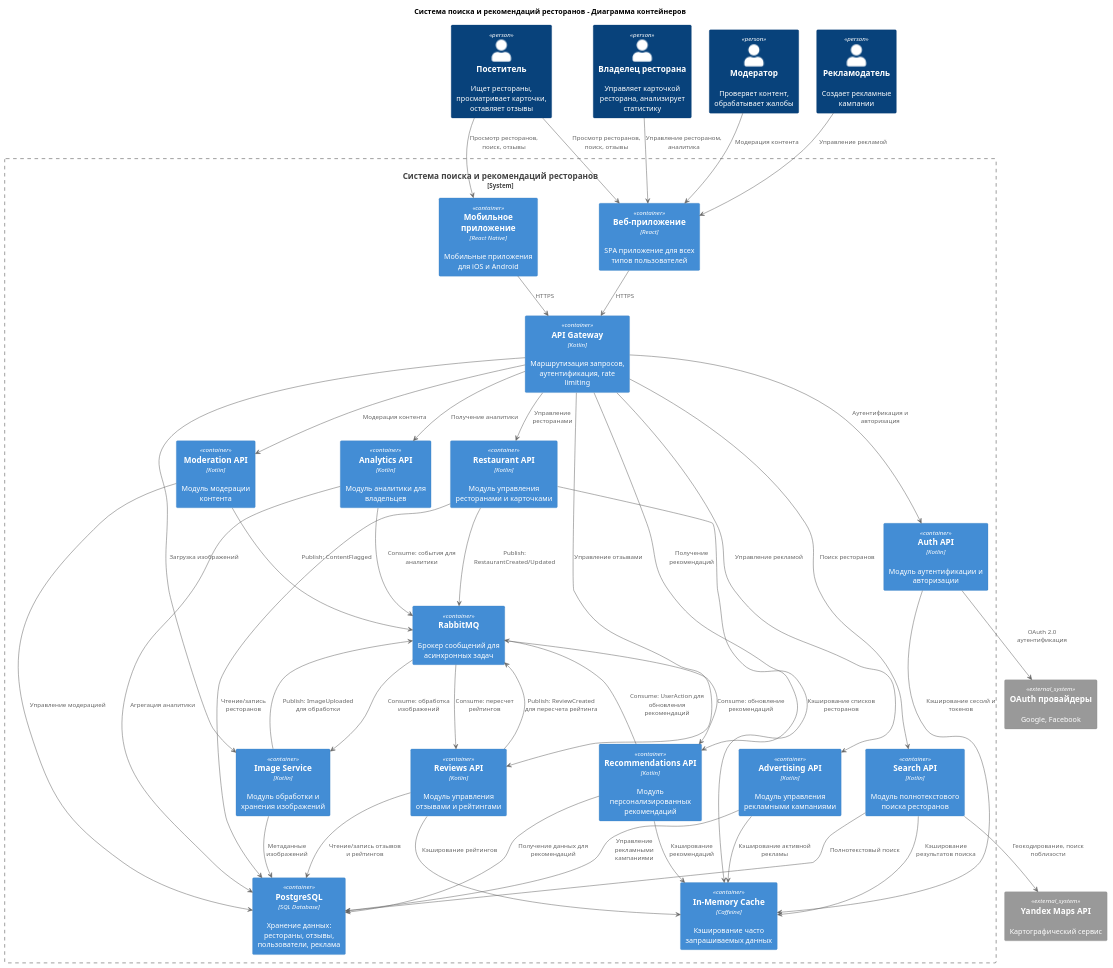
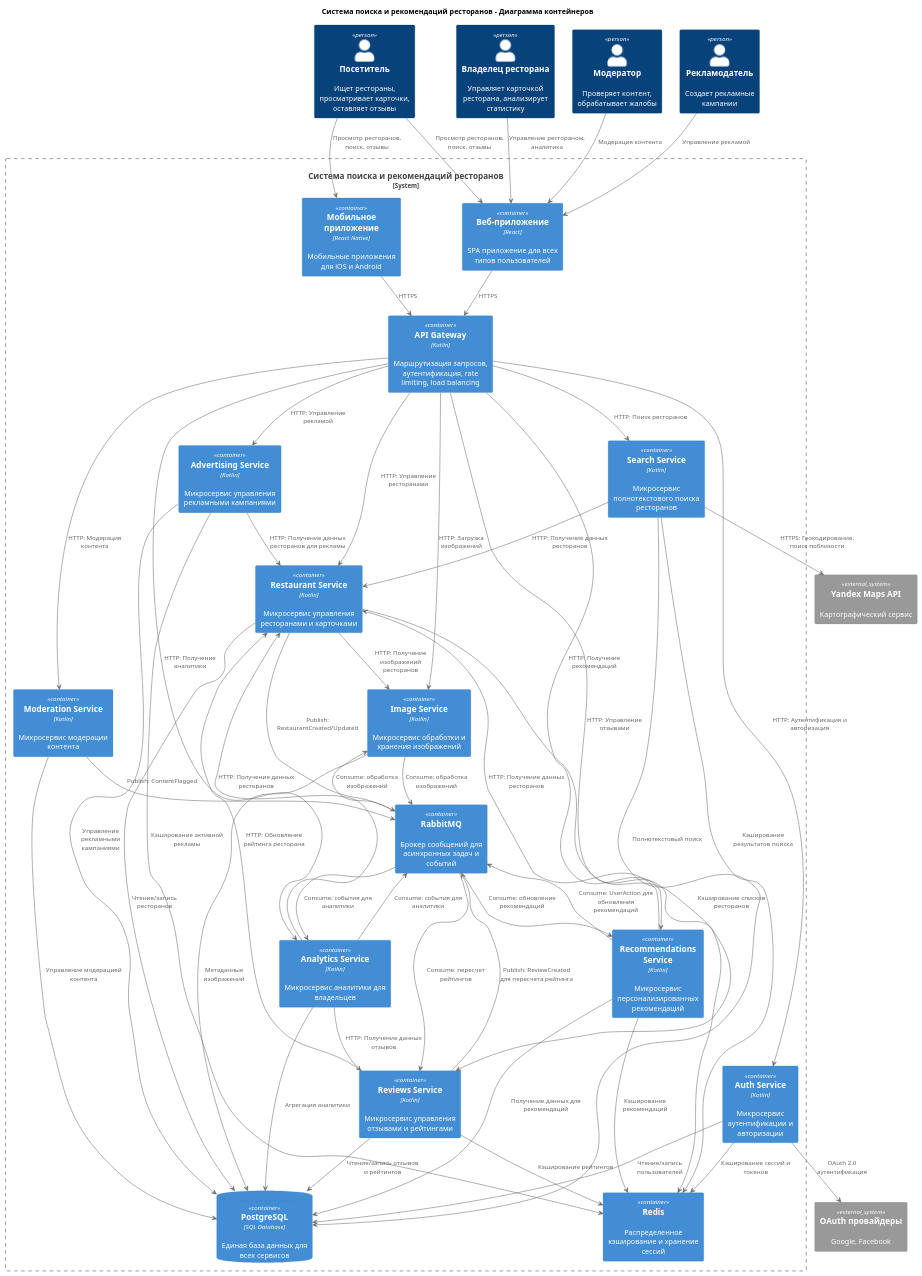
The diagram in 2. Технический проект/container.puml (Cerber879/TRPO), drawn with PlantUML before and after one commit. The commit also changed 4 other files, not shown here.

Commit message:
сделали вместо монолита, микросервис. переделали диаграммы с4

```diff
--- a/2. Технический проект/container.puml
+++ b/2. Технический проект/container.puml
@@ -1,92 +1,100 @@
 @startuml Система поиска и рекомендаций ресторанов - Диаграмма контейнеров
-!includeurl lib/C4_Container.puml
+!include https://raw.githubusercontent.com/plantuml-stdlib/C4-PlantUML/master/C4_Container.puml
 
 title Система поиска и рекомендаций ресторанов - Диаграмма контейнеров
 
 Person(посетитель, "Посетитель", "Ищет рестораны, просматривает карточки, оставляет отзывы")
 Person(владелец, "Владелец ресторана", "Управляет карточкой ресторана, анализирует статистику")
 Person(модератор, "Модератор", "Проверяет контент, обрабатывает жалобы")
 Person(рекламодатель, "Рекламодатель", "Создает рекламные кампании")
 
 System_Boundary(c1, "Система поиска и рекомендаций ресторанов") {
     Container(web_app, "Веб-приложение", "React", "SPA приложение для всех типов пользователей")
     Container(mobile_app, "Мобильное приложение", "React Native", "Мобильные приложения для iOS и Android")
     
-    Container(api_gateway, "API Gateway", "Kotlin", "Маршрутизация запросов, аутентификация, rate limiting")
+    Container(api_gateway, "API Gateway", "Kotlin", "Маршрутизация запросов, аутентификация, rate limiting, load balancing")
     
-    Container(restaurant_api, "Restaurant API", "Kotlin", "Модуль управления ресторанами и карточками")
-    Container(search_api, "Search API", "Kotlin", "Модуль полнотекстового поиска ресторанов")
-    Container(recommendations_api, "Recommendations API", "Kotlin", "Модуль персонализированных рекомендаций")
-    Container(reviews_api, "Reviews API", "Kotlin", "Модуль управления отзывами и рейтингами")
-    Container(auth_api, "Auth API", "Kotlin", "Модуль аутентификации и авторизации")
-    Container(moderation_api, "Moderation API", "Kotlin", "Модуль модерации контента")
-    Container(advertising_api, "Advertising API", "Kotlin", "Модуль управления рекламными кампаниями")
-    Container(analytics_api, "Analytics API", "Kotlin", "Модуль аналитики для владельцев")
+    Container(restaurant_service, "Restaurant Service", "Kotlin", "Микросервис управления ресторанами и карточками")
+    Container(search_service, "Search Service", "Kotlin", "Микросервис полнотекстового поиска ресторанов")
+    Container(recommendations_service, "Recommendations Service", "Kotlin", "Микросервис персонализированных рекомендаций")
+    Container(reviews_service, "Reviews Service", "Kotlin", "Микросервис управления отзывами и рейтингами")
+    Container(auth_service, "Auth Service", "Kotlin", "Микросервис аутентификации и авторизации")
+    Container(moderation_service, "Moderation Service", "Kotlin", "Микросервис модерации контента")
+    Container(advertising_service, "Advertising Service", "Kotlin", "Микросервис управления рекламными кампаниями")
+    Container(analytics_service, "Analytics Service", "Kotlin", "Микросервис аналитики для владельцев")
+    Container(image_service, "Image Service", "Kotlin", "Микросервис обработки и хранения изображений")
     
-    Container(image_service, "Image Service", "Kotlin", "Модуль обработки и хранения изображений")
+    Container(message_broker, "RabbitMQ", "", "Брокер сообщений для асинхронных задач и событий")
     
-    Container(message_broker, "RabbitMQ", "", "Брокер сообщений для асинхронных задач")
+    Container(redis_cache, "Redis", "", "Распределенное кэширование и хранение сессий")
     
-    Container(cache, "In-Memory Cache", "Caffeine", "Кэширование часто запрашиваемых данных")
-    
-    Container(db_postgres, "PostgreSQL", "SQL Database", "Хранение данных: рестораны, отзывы, пользователи, реклама")
+    ContainerDb(db_postgres, "PostgreSQL", "SQL Database", "Единая база данных для всех сервисов")
 }
 
 System_Ext(yandex_maps, "Yandex Maps API", "Картографический сервис")
 System_Ext(oauth_providers, "OAuth провайдеры", "Google, Facebook")
 
 посетитель --> web_app : "Просмотр ресторанов, поиск, отзывы"
 посетитель --> mobile_app : "Просмотр ресторанов, поиск, отзывы"
 владелец --> web_app : "Управление рестораном, аналитика"
 модератор --> web_app : "Модерация контента"
 рекламодатель --> web_app : "Управление рекламой"
 
 web_app --> api_gateway : "HTTPS"
 mobile_app --> api_gateway : "HTTPS"
 
-api_gateway --> auth_api : "Аутентификация и авторизация"
-api_gateway --> restaurant_api : "Управление ресторанами"
-api_gateway --> search_api : "Поиск ресторанов"
-api_gateway --> recommendations_api : "Получение рекомендаций"
-api_gateway --> reviews_api : "Управление отзывами"
-api_gateway --> moderation_api : "Модерация контента"
-api_gateway --> advertising_api : "Управление рекламой"
-api_gateway --> analytics_api : "Получение аналитики"
-api_gateway --> image_service : "Загрузка изображений"
+api_gateway --> auth_service : "HTTP: Аутентификация и авторизация"
+api_gateway --> restaurant_service : "HTTP: Управление ресторанами"
+api_gateway --> search_service : "HTTP: Поиск ресторанов"
+api_gateway --> recommendations_service : "HTTP: Получение рекомендаций"
+api_gateway --> reviews_service : "HTTP: Управление отзывами"
+api_gateway --> moderation_service : "HTTP: Модерация контента"
+api_gateway --> advertising_service : "HTTP: Управление рекламой"
+api_gateway --> analytics_service : "HTTP: Получение аналитики"
+api_gateway --> image_service : "HTTP: Загрузка изображений"
 
-auth_api --> oauth_providers : "OAuth 2.0 аутентификация"
-auth_api --> cache : "Кэширование сессий и токенов"
+auth_service --> oauth_providers : "OAuth 2.0 аутентификация"
+auth_service --> redis_cache : "Кэширование сессий и токенов"
+auth_service --> db_postgres : "Чтение/запись пользователей"
 
-restaurant_api --> db_postgres : "Чтение/запись ресторанов"
-restaurant_api --> cache : "Кэширование списков ресторанов"
-restaurant_api --> message_broker : "Publish: RestaurantCreated/Updated"
+restaurant_service --> db_postgres : "Чтение/запись ресторанов"
+restaurant_service --> redis_cache : "Кэширование списков ресторанов"
+restaurant_service --> message_broker : "Publish: RestaurantCreated/Updated"
+restaurant_service --> image_service : "HTTP: Получение изображений ресторанов"
 
-search_api --> db_postgres : "Полнотекстовый поиск"
-search_api --> cache : "Кэширование результатов поиска"
-search_api --> yandex_maps : "Геокодирование, поиск поблизости"
+search_service --> db_postgres : "Полнотекстовый поиск"
+search_service --> redis_cache : "Кэширование результатов поиска"
+search_service --> yandex_maps : "HTTPS: Геокодирование, поиск поблизости"
+search_service --> restaurant_service : "HTTP: Получение данных ресторанов"
 
-recommendations_api --> db_postgres : "Получение данных для рекомендаций"
-recommendations_api --> cache : "Кэширование рекомендаций"
-recommendations_api --> message_broker : "Consume: UserAction для обновления рекомендаций"
+recommendations_service --> db_postgres : "Получение данных для рекомендаций"
+recommendations_service --> redis_cache : "Кэширование рекомендаций"
+recommendations_service --> message_broker : "Consume: UserAction для обновления рекомендаций"
+recommendations_service --> restaurant_service : "HTTP: Получение данных ресторанов"
 
-reviews_api --> db_postgres : "Чтение/запись отзывов и рейтингов"
-reviews_api --> cache : "Кэширование рейтингов"
-reviews_api --> message_broker : "Publish: ReviewCreated для пересчета рейтинга"
+reviews_service --> db_postgres : "Чтение/запись отзывов и рейтингов"
+reviews_service --> redis_cache : "Кэширование рейтингов"
+reviews_service --> message_broker : "Publish: ReviewCreated для пересчета рейтинга"
+reviews_service --> restaurant_service : "HTTP: Обновление рейтинга ресторана"
 
-moderation_api --> db_postgres : "Управление модерацией"
-moderation_api --> message_broker : "Publish: ContentFlagged"
+moderation_service --> db_postgres : "Управление модерацией контента"
+moderation_service --> message_broker : "Publish: ContentFlagged"
 
-advertising_api --> db_postgres : "Управление рекламными кампаниями"
-advertising_api --> cache : "Кэширование активной рекламы"
+advertising_service --> db_postgres : "Управление рекламными кампаниями"
+advertising_service --> redis_cache : "Кэширование активной рекламы"
+advertising_service --> restaurant_service : "HTTP: Получение данных ресторанов для рекламы"
 
-analytics_api --> db_postgres : "Агрегация аналитики"
-analytics_api --> message_broker : "Consume: события для аналитики"
+analytics_service --> db_postgres : "Агрегация аналитики"
+analytics_service --> message_broker : "Consume: события для аналитики"
+analytics_service --> restaurant_service : "HTTP: Получение данных ресторанов"
+analytics_service --> reviews_service : "HTTP: Получение данных отзывов"
 
 image_service --> db_postgres : "Метаданные изображений"
-image_service --> message_broker : "Publish: ImageUploaded для обработки"
+image_service --> message_broker : "Consume: обработка изображений"
 
 message_broker --> image_service : "Consume: обработка изображений"
-message_broker --> reviews_api : "Consume: пересчет рейтингов"
-message_broker --> recommendations_api : "Consume: обновление рекомендаций"
+message_broker --> reviews_service : "Consume: пересчет рейтингов"
+message_broker --> recommendations_service : "Consume: обновление рекомендаций"
+message_broker --> analytics_service : "Consume: события для аналитики"
 
 @enduml
```
